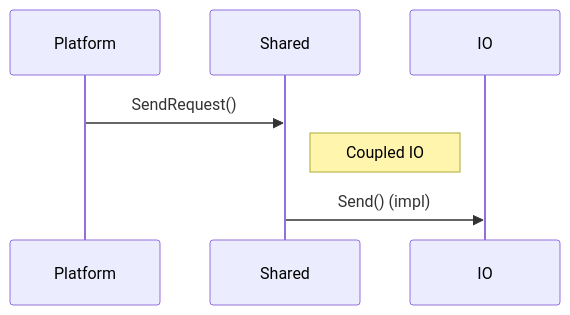
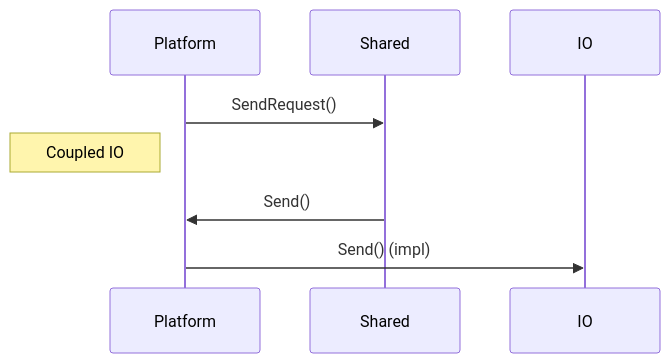
The first of 2 diagrams in content/posts/2024/cross_plat_sansio_part1.md (ash30/Blog), drawn with Mermaid before and after one commit.

Commit message:
cross plat seq diagram fix

```diff
--- a/content/posts/2024/cross_plat_sansio_part1.md
+++ b/content/posts/2024/cross_plat_sansio_part1.md
@@ -25,13 +25,14 @@
 <pre class="mermaid">
 
 sequenceDiagram
     participant Platform
     participant Shared
     participant IO
 
     Platform ->> Shared: SendRequest() 
-    Note right of Shared: Coupled IO   
+    Note left of Platform: Coupled IO   
 
-    Shared ->> IO: Send() (impl)
+    Shared ->> Platform: Send()
+    Platform ->> IO: Send() (impl)
 
 </pre>
```
